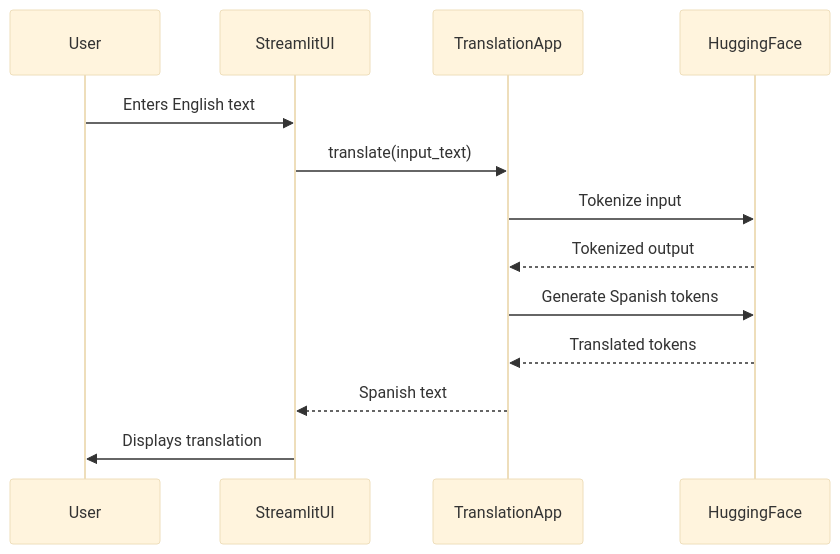
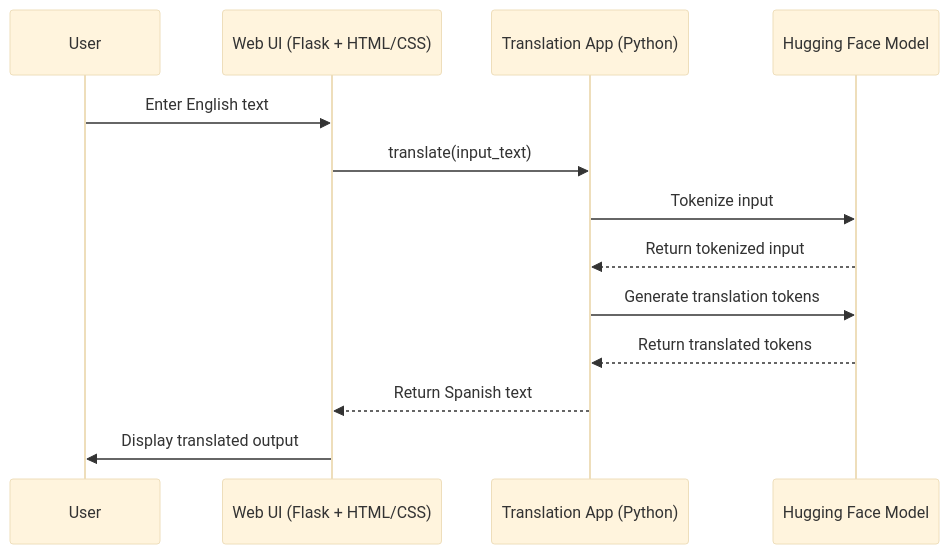
The diagram in README.md (Md-Emon-Hasan/Translatica), drawn with Mermaid (base theme) before and after one commit. The commit also changed other lines of this file and 20 other files, not shown here.

````diff
--- a/README.md
+++ b/README.md
@@ -92,16 +188,16 @@
 ```mermaid
 sequenceDiagram
     participant User
-    participant StreamlitUI
-    participant TranslationApp
-    participant HuggingFace
+    participant WebUI as Web UI (Flask + HTML/CSS)
+    participant TranslationServer as Translation App (Python)
+    participant HFModel as Hugging Face Model
 
-    User->>StreamlitUI: Enters English text
-    StreamlitUI->>TranslationApp: translate(input_text)
-    TranslationApp->>HuggingFace: Tokenize input
-    HuggingFace-->>TranslationApp: Tokenized output
-    TranslationApp->>HuggingFace: Generate Spanish tokens
-    HuggingFace-->>TranslationApp: Translated tokens
-    TranslationApp-->>StreamlitUI: Spanish text
-    StreamlitUI->>User: Displays translation
+    User->>WebUI: Enter English text
+    WebUI->>TranslationServer: translate(input_text)
+    TranslationServer->>HFModel: Tokenize input
+    HFModel-->>TranslationServer: Return tokenized input
+    TranslationServer->>HFModel: Generate translation tokens
+    HFModel-->>TranslationServer: Return translated tokens
+    TranslationServer-->>WebUI: Return Spanish text
+    WebUI->>User: Display translated output
 ```
````
